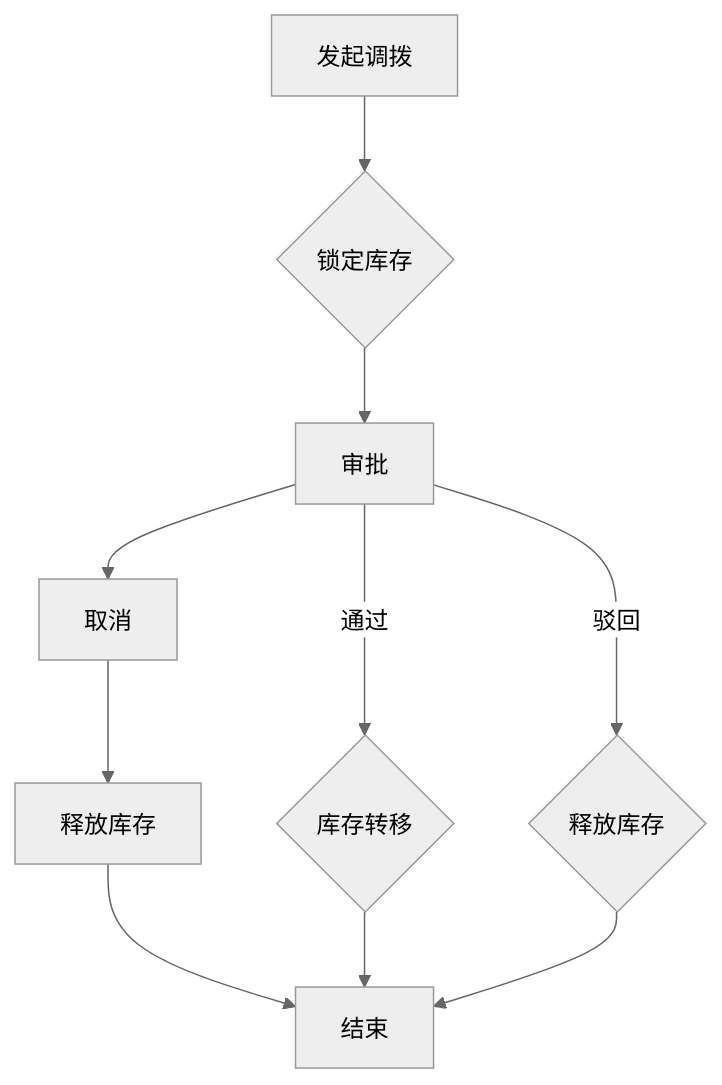
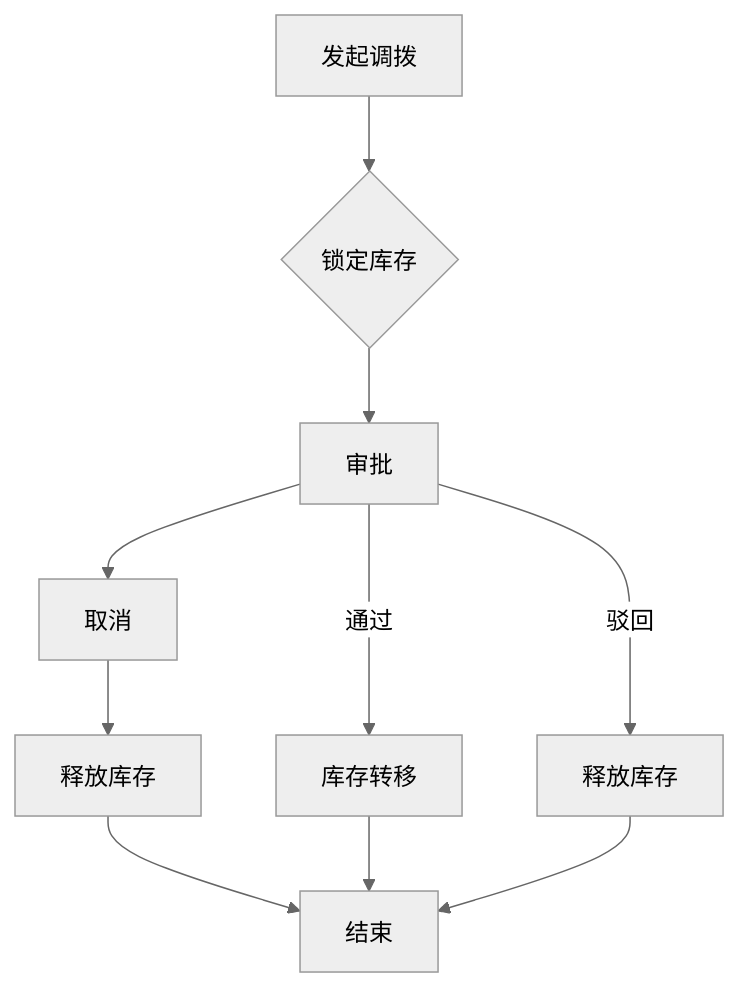
One commit to 1191232345/Axure_ELSA changed the second of 4 diagrams in 虚拟仓/prd.md. Above: the diagram before and after it, drawn with Mermaid (neutral theme).

Commit message:
docs(产品文档): 更新调拨流程图中节点样式
将流程图中"库存转移"和"释放库存"节点从菱形改为矩形，使流程图更清晰易读

````diff
--- a/虚拟仓/prd.md
+++ b/虚拟仓/prd.md
@@ -61,14 +61,14 @@
 ```mermaid
 graph TD
     A["发起调拨"] --> B{"锁定库存"}
     B --> C["审批"]
     C --> D["取消"]
-    C --> |"通过"| E{"库存转移"}
-    C --> |"驳回"| F{"释放库存"}
+    C --> |"通过"| E["库存转移"]
+    C --> |"驳回"| F["释放库存"]
     D --> G["释放库存"]
     G --> I["结束"]
     E --> I["结束"]
     F --> I["结束"]
  
 
 ```
````
